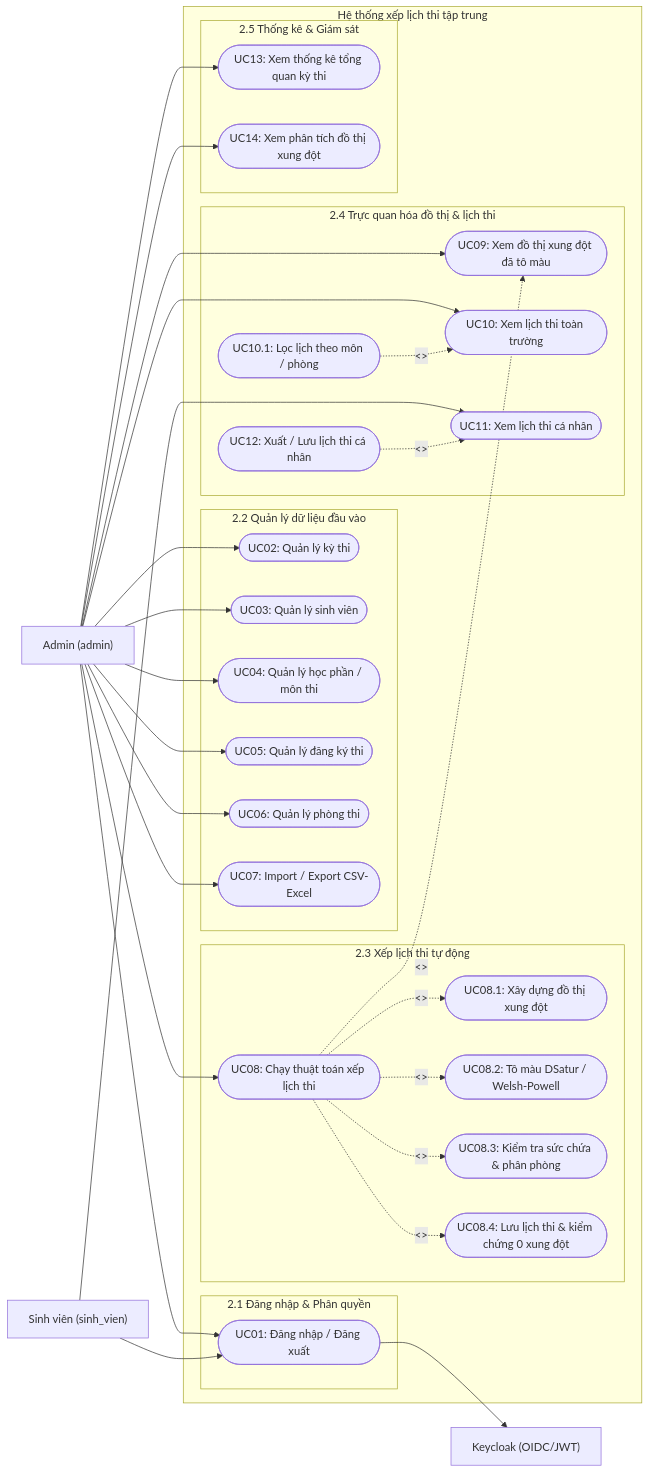
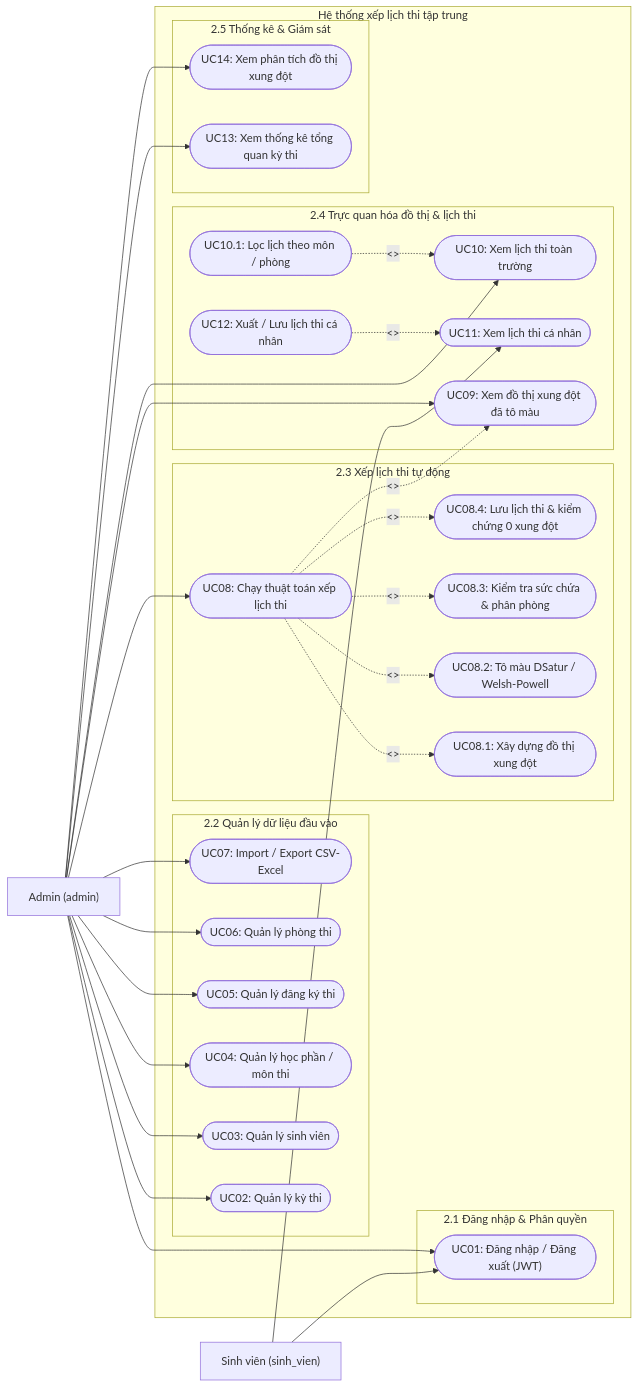
One commit to phattvh/GraphTheory_HTTPS changed the first of 2 diagrams in docs/02. Use case diagram.md. Above: the diagram before and after it, drawn with Mermaid. The commit also changed other lines of this file and 2 other files, not shown here.

Commit message:
docs: remove keycloak

````diff
--- a/docs/02. Use case diagram.md
+++ b/docs/02. Use case diagram.md
@@ -17,72 +18,70 @@
 ```mermaid
 flowchart LR
     Admin["Admin (admin)"]
     SV["Sinh viên (sinh_vien)"]
-    KC["Keycloak (OIDC/JWT)"]
 
     subgraph SYS["Hệ thống xếp lịch thi tập trung"]
         subgraph G1["2.1 Đăng nhập & Phân quyền"]
-            UC01(["UC01: Đăng nhập / Đăng xuất"])
+            UC01(["UC01: Đăng nhập / Đăng xuất (JWT)"])
         end
 
         subgraph G2["2.2 Quản lý dữ liệu đầu vào"]
             UC02(["UC02: Quản lý kỳ thi"])
             UC03(["UC03: Quản lý sinh viên"])
             UC04(["UC04: Quản lý học phần / môn thi"])
             UC05(["UC05: Quản lý đăng ký thi"])
             UC06(["UC06: Quản lý phòng thi"])
             UC07(["UC07: Import / Export CSV-Excel"])
         end
 
         subgraph G3["2.3 Xếp lịch thi tự động"]
             UC08(["UC08: Chạy thuật toán xếp lịch thi"])
             UC08a(["UC08.1: Xây dựng đồ thị xung đột"])
             UC08b(["UC08.2: Tô màu DSatur / Welsh-Powell"])
             UC08c(["UC08.3: Kiểm tra sức chứa & phân phòng"])
             UC08d(["UC08.4: Lưu lịch thi & kiểm chứng 0 xung đột"])
         end
 
         subgraph G4["2.4 Trực quan hóa đồ thị & lịch thi"]
             UC09(["UC09: Xem đồ thị xung đột đã tô màu"])
             UC10(["UC10: Xem lịch thi toàn trường"])
             UC10a(["UC10.1: Lọc lịch theo môn / phòng"])
             UC11(["UC11: Xem lịch thi cá nhân"])
             UC12(["UC12: Xuất / Lưu lịch thi cá nhân"])
         end
 
         subgraph G5["2.5 Thống kê & Giám sát"]
             UC13(["UC13: Xem thống kê tổng quan kỳ thi"])
             UC14(["UC14: Xem phân tích đồ thị xung đột"])
         end
     end
 
     %% Liên kết xác thực
     Admin --> UC01
     SV --> UC01
-    UC01 --> KC
 
     %% Liên kết Admin
     Admin --> UC02
     Admin --> UC03
     Admin --> UC04
     Admin --> UC05
     Admin --> UC06
     Admin --> UC07
     Admin --> UC08
     Admin --> UC09
     Admin --> UC10
     Admin --> UC13
     Admin --> UC14
 
     %% Liên kết Sinh viên
     SV --> UC11
 
     %% Quan hệ include / extend
     UC08 -. "<<include>>" .-> UC08a
     UC08 -. "<<include>>" .-> UC08b
     UC08 -. "<<include>>" .-> UC08c
     UC08 -. "<<include>>" .-> UC08d
     UC08 -. "<<extend>>" .-> UC09
     UC10a -. "<<extend>>" .-> UC10
     UC12 -. "<<extend>>" .-> UC11
 ```
````
